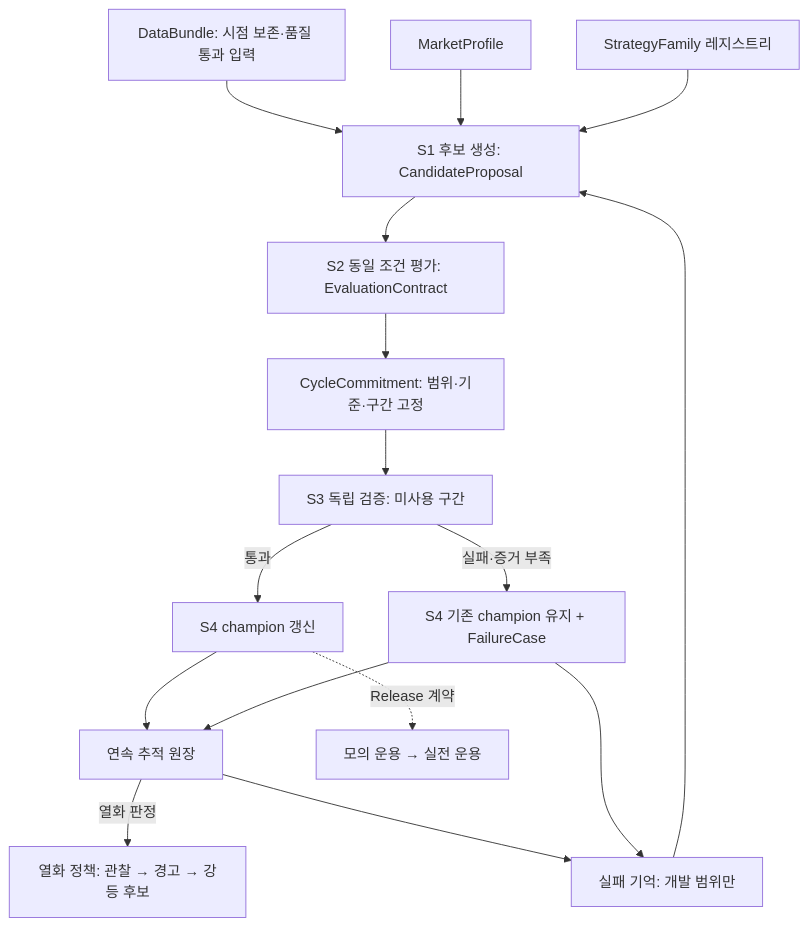
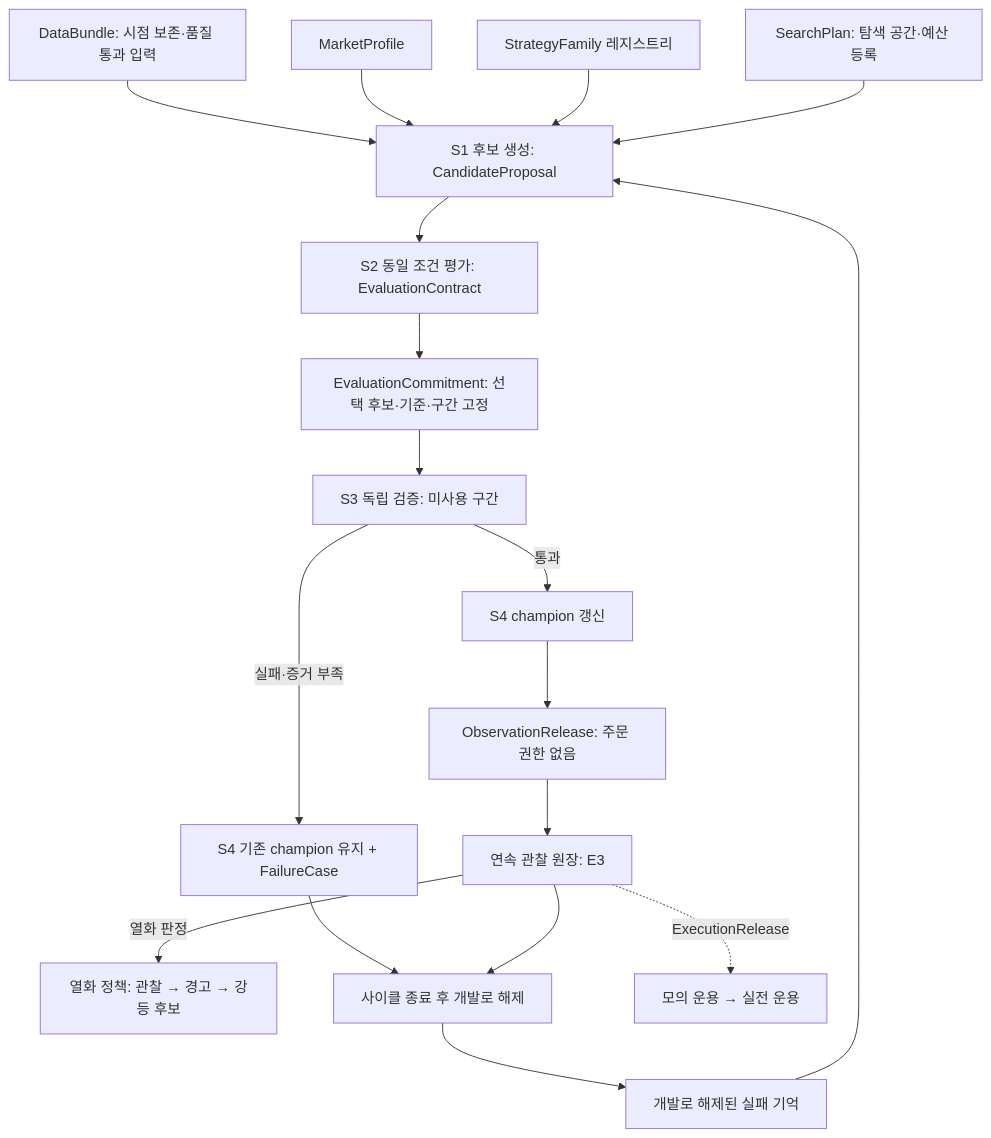
One commit to dontukim-ai/momentum-study changed the diagram in docs/blueprint/README.md. Above: the diagram before and after it, drawn with Mermaid. The commit also changed other lines of this file and 5 other files, not shown here.

````diff
--- a/docs/blueprint/README.md
+++ b/docs/blueprint/README.md
@@ -33,18 +33,20 @@
 ```mermaid
 flowchart TD
     D0[DataBundle: 시점 보존·품질 통과 입력] --> S1
     MP[MarketProfile] --> S1
     SF[StrategyFamily 레지스트리] --> S1
-    FM[실패 기억: 개발 범위만] --> S1
+    FM[개발로 해제된 실패 기억] --> S1
+    SP[SearchPlan: 탐색 공간·예산 등록] --> S1
     S1[S1 후보 생성: CandidateProposal] --> S2[S2 동일 조건 평가: EvaluationContract]
-    S2 --> CC[CycleCommitment: 범위·기준·구간 고정]
+    S2 --> CC[EvaluationCommitment: 선택 후보·기준·구간 고정]
     CC --> S3[S3 독립 검증: 미사용 구간]
     S3 -->|통과| S4A[S4 champion 갱신]
     S3 -->|실패·증거 부족| S4B[S4 기존 champion 유지 + FailureCase]
-    S4A --> TR[연속 추적 원장]
-    S4B --> TR
+    S4A --> OR[ObservationRelease: 주문 권한 없음]
+    OR --> TR[연속 관찰 원장: E3]
     TR -->|열화 판정| DG[열화 정책: 관찰 → 경고 → 강등 후보]
-    TR --> FM
-    S4B --> FM
-    S4A -. Release 계약 .-> RL[모의 운용 → 실전 운용]
+    S4B --> MR[사이클 종료 후 개발로 해제]
+    TR --> MR
+    MR --> FM
+    TR -. ExecutionRelease .-> RL[모의 운용 → 실전 운용]
 ```
````
